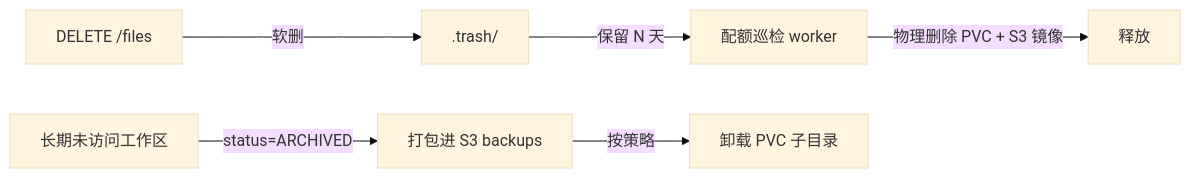
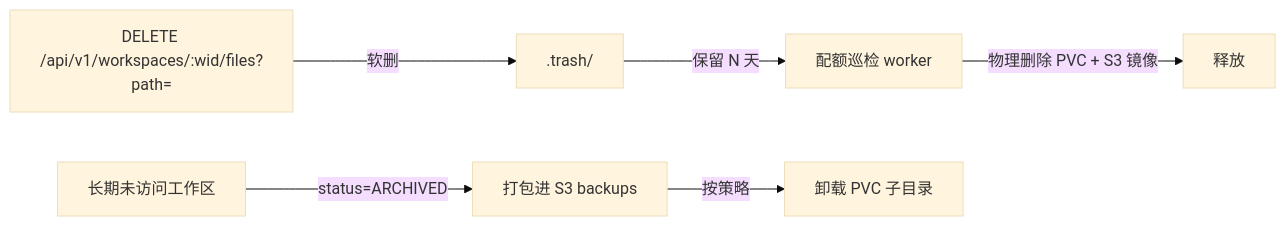
Before and after one commit to edward-ng-duke/LobsterAI: the seventh of 7 diagrams in 改造计划/08-文件工作区与对象存储.md, drawn with Mermaid (base theme). The commit also changed other lines of this file and 27 other files, not shown here.

````diff
--- a/改造计划/08-文件工作区与对象存储.md
+++ b/改造计划/08-文件工作区与对象存储.md
@@ -579,8 +620,8 @@
 ```mermaid
 flowchart LR
-  DEL[DELETE /files] -->|软删| TRASH[.trash/]
+  DEL[DELETE /api/v1/workspaces/:wid/files?path=] -->|软删| TRASH[.trash/]
   TRASH -->|保留 N 天| GC[配额巡检 worker]
   GC -->|物理删除 PVC + S3 镜像| GONE[释放]
   ARCH[长期未访问工作区] -->|status=ARCHIVED| BAK[打包进 S3 backups]
   BAK -->|按策略| DELWS[卸载 PVC 子目录]
 ```
````
